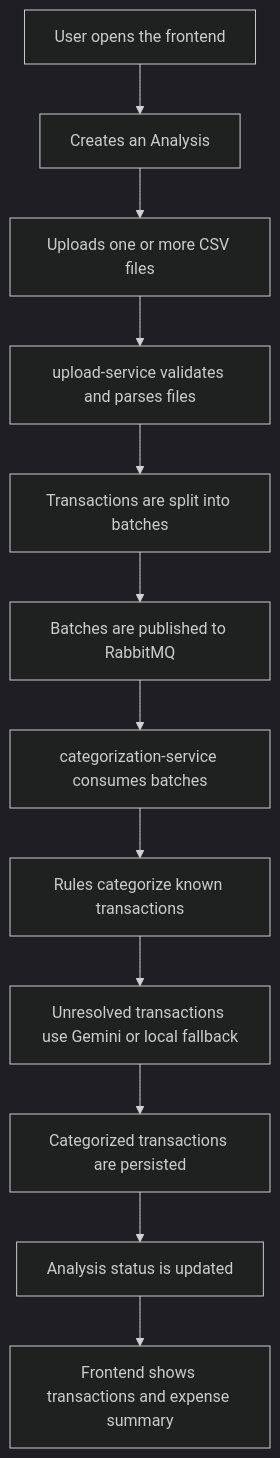
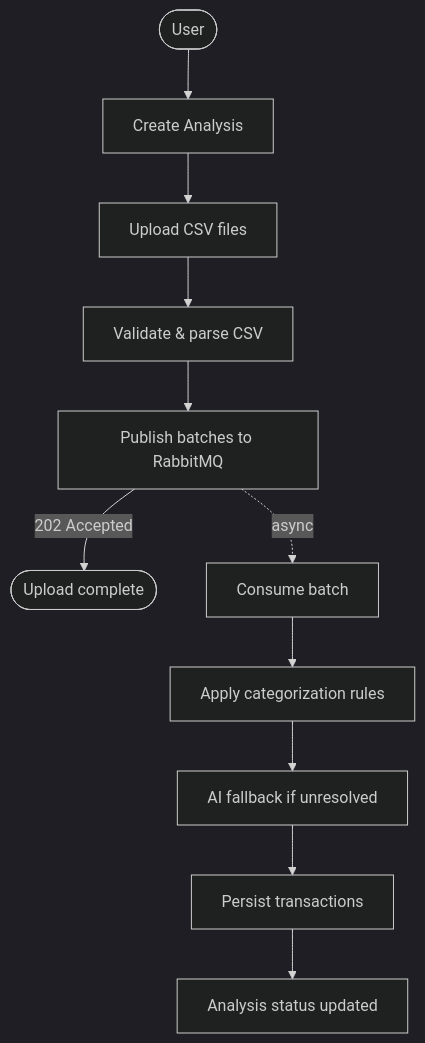
The second of 4 diagrams in README.md (cauecalil/peculytics), drawn with Mermaid (dark theme) before and after one commit. The commit also changed other lines of this file, not shown here.

Commit message:
docs(readme): update flowchart for analysis and categorization process

````diff
--- a/README.md
+++ b/README.md
@@ -183,14 +183,14 @@
 ```mermaid
 flowchart TD
-    A[User opens the frontend] --> B[Creates an Analysis]
-    B --> C[Uploads one or more CSV files]
-    C --> D[upload-service validates and parses files]
-    D --> E[Transactions are split into batches]
-    E --> F[Batches are published to RabbitMQ]
-    F --> G[categorization-service consumes batches]
-    G --> H[Rules categorize known transactions]
-    H --> I[Unresolved transactions use Gemini or local fallback]
-    I --> J[Categorized transactions are persisted]
-    J --> K[Analysis status is updated]
-    K --> L[Frontend shows transactions and expense summary]
+    A([User]) --> B[Create Analysis]
+    B --> C[Upload CSV files]
+    C --> D[Validate & parse CSV]
+    D --> E[Publish batches to RabbitMQ]
+    E -->|202 Accepted| RET([Upload complete])
+ 
+    E -. async .-> F[Consume batch]
+    F --> G[Apply categorization rules]
+    G --> H[AI fallback if unresolved]
+    H --> I[Persist transactions]
+    I --> J[Analysis status updated]
 ```
````
